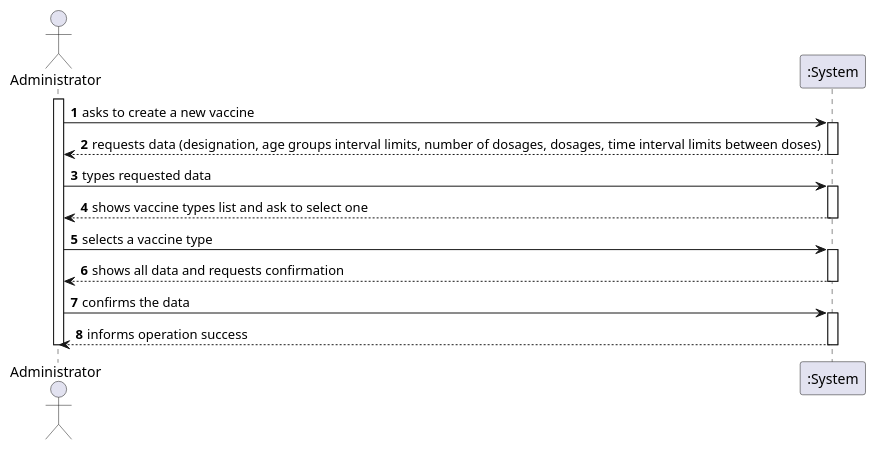
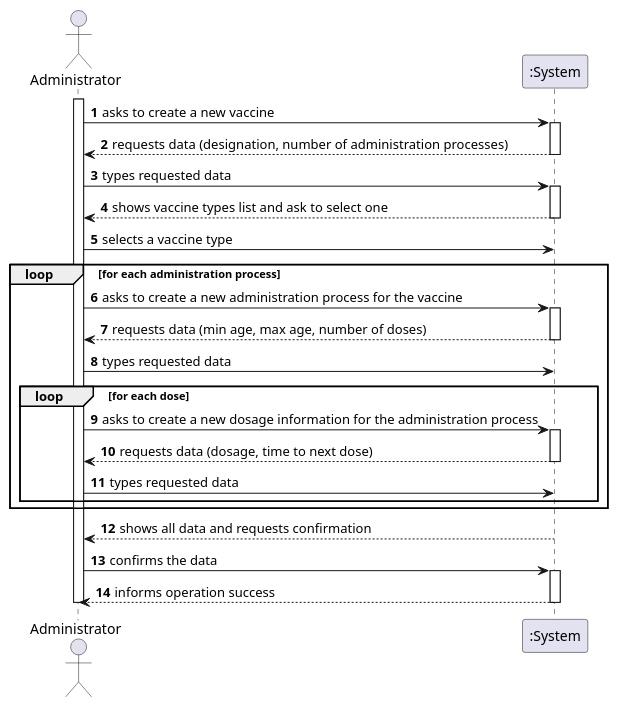
Before and after one commit to miseEnPlace-i/lapr2: the diagram in docs/SprintB/US13/SSD/US13_SSD.puml, drawn with PlantUML.

Commit message:
docs(US13): update SSD (needs review)

```diff
--- a/docs/SprintB/US13/SSD/US13_SSD.puml
+++ b/docs/SprintB/US13/SSD/US13_SSD.puml
@@ -1,28 +1,45 @@
 @startuml
 autonumber
 actor "Administrator" as OE
 
 activate OE
 OE -> ":System" : asks to create a new vaccine
 activate ":System"
-":System" --> OE : requests data (designation, age groups interval limits, number of dosages, dosages, time interval limits between doses)
+":System" --> OE : requests data (designation, number of administration processes)
 deactivate ":System"
 
 OE -> ":System" : types requested data
 activate ":System"
 ":System" --> OE : shows vaccine types list and ask to select one
 deactivate ":System"
 
 OE -> ":System" : selects a vaccine type
-activate ":System"
+
+
+loop for each administration process
+    OE -> ":System" : asks to create a new administration process for the vaccine
+    activate ":System"
+    ":System" --> OE : requests data (min age, max age, number of doses)
+    deactivate ":System"
+    OE -> ":System" : types requested data
+    
+loop for each dose
+    OE -> ":System" : asks to create a new dosage information for the administration process
+    activate ":System"
+    ":System" --> OE : requests data (dosage, time to next dose)
+    deactivate ":System"
+    OE -> ":System" : types requested data
+end
+
+end
+
 ":System" --> OE : shows all data and requests confirmation
 deactivate ":System"
-
 OE -> ":System" : confirms the data
 activate ":System"
 ":System" --> OE : informs operation success
 deactivate ":System"
 
 deactivate OE
 
 @enduml
```
